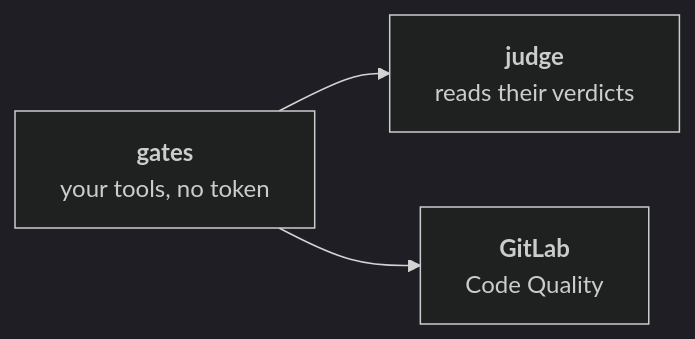
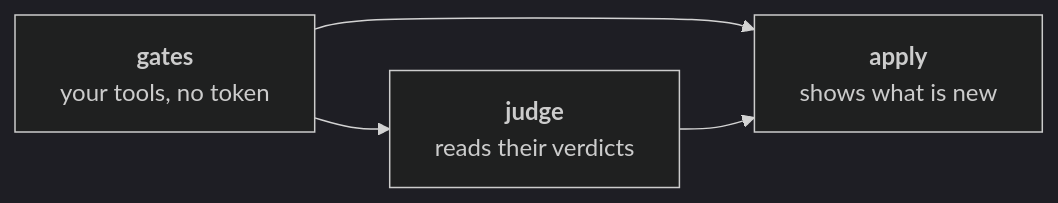
The diagram in docs/gates-in-ci.md (JN0V/workline), drawn with Mermaid (dark theme) before and after one commit. The commit also changed other lines of this file and 52 other files, not shown here.

````diff
--- a/docs/gates-in-ci.md
+++ b/docs/gates-in-ci.md
@@ -8,5 +8,6 @@
 ```mermaid
 flowchart LR
   gates["<b>gates</b><br/>your tools, no token"] --> judge["<b>judge</b><br/>reads their verdicts"]
-  gates --> cq["<b>GitLab</b><br/>Code Quality"]
+  gates --> apply["<b>apply</b><br/>shows what is new"]
+  judge --> apply
 ```
````
